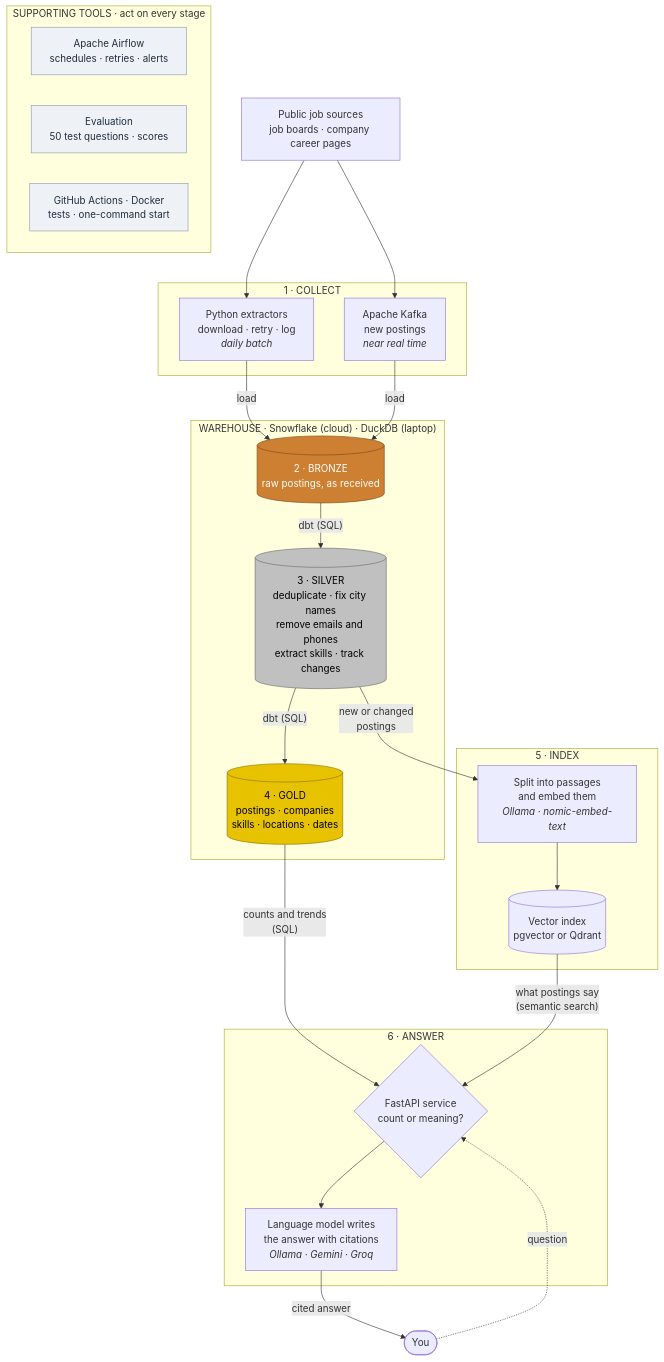
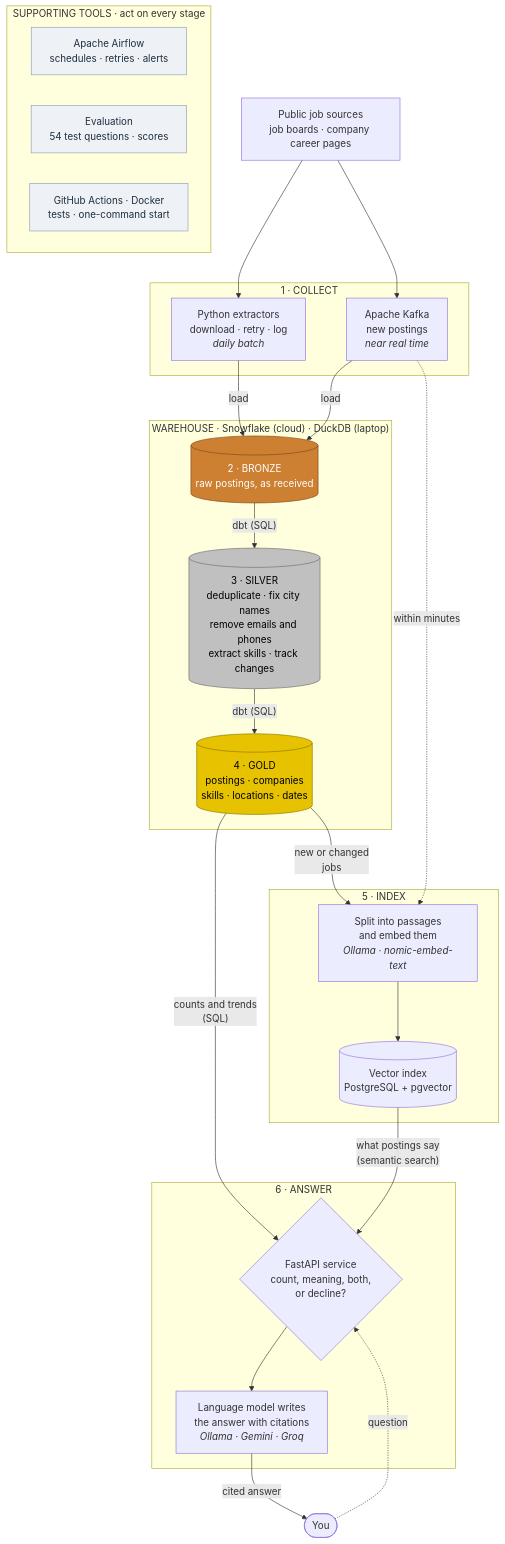
The diagram in docs/assets/flow.mmd (vvanurag/job-market-assistant), drawn with Mermaid before and after one commit. The commit also changed 47 other files, not shown here.

```diff
--- a/docs/assets/flow.mmd
+++ b/docs/assets/flow.mmd
@@ -1,54 +1,55 @@
 flowchart TB
     SRC["Public job sources<br/>job boards · company career pages"]
 
     subgraph COLLECT["1 · COLLECT"]
         EXT["Python extractors<br/>download · retry · log<br/><i>daily batch</i>"]
         KAFKA["Apache Kafka<br/>new postings<br/><i>near real time</i>"]
     end
 
     subgraph WAREHOUSE["WAREHOUSE · Snowflake (cloud) · DuckDB (laptop)"]
         BRONZE[("2 · BRONZE<br/>raw postings, as received")]
         SILVER[("3 · SILVER<br/>deduplicate · fix city names<br/>remove emails and phones<br/>extract skills · track changes")]
         GOLD[("4 · GOLD<br/>postings · companies<br/>skills · locations · dates")]
     end
 
     subgraph INDEX["5 · INDEX"]
         PREP["Split into passages<br/>and embed them<br/><i>Ollama · nomic-embed-text</i>"]
-        VECTOR[("Vector index<br/>pgvector or Qdrant")]
+        VECTOR[("Vector index<br/>PostgreSQL + pgvector")]
     end
 
     subgraph ANSWER["6 · ANSWER"]
-        ROUTER{"FastAPI service<br/>count or meaning?"}
+        ROUTER{"FastAPI service<br/>count, meaning, both,<br/>or decline?"}
         LLM["Language model writes<br/>the answer with citations<br/><i>Ollama · Gemini · Groq</i>"]
     end
 
     USER(["You"])
 
     SRC --> EXT
     SRC --> KAFKA
     EXT -- load --> BRONZE
     KAFKA -- load --> BRONZE
     BRONZE -- "dbt (SQL)" --> SILVER
     SILVER -- "dbt (SQL)" --> GOLD
-    SILVER -- "new or changed<br/>postings" --> PREP
+    GOLD -- "new or changed<br/>jobs" --> PREP
+    KAFKA -. "within minutes" .-> PREP
     PREP --> VECTOR
     GOLD -- "counts and trends<br/>(SQL)" --> ROUTER
     VECTOR -- "what postings say<br/>(semantic search)" --> ROUTER
     ROUTER --> LLM
     LLM -- "cited answer" --> USER
     USER -. question .-> ROUTER
 
     subgraph SUPPORT["SUPPORTING TOOLS · act on every stage"]
         AIRFLOW["Apache Airflow<br/>schedules · retries · alerts"]
-        EVAL["Evaluation<br/>50 test questions · scores"]
+        EVAL["Evaluation<br/>54 test questions · scores"]
         CICD["GitHub Actions · Docker<br/>tests · one-command start"]
     end
 
     classDef bronze fill:#cd7f32,stroke:#7a4a1c,color:#fff
     classDef silver fill:#c0c0c0,stroke:#6b6b6b,color:#000
     classDef gold fill:#e6c200,stroke:#8a7400,color:#000
     classDef support fill:#eef2f7,stroke:#8a9bb0,color:#1f2d3d
     class BRONZE bronze
     class SILVER silver
     class GOLD gold
     class AIRFLOW,EVAL,CICD support
```
